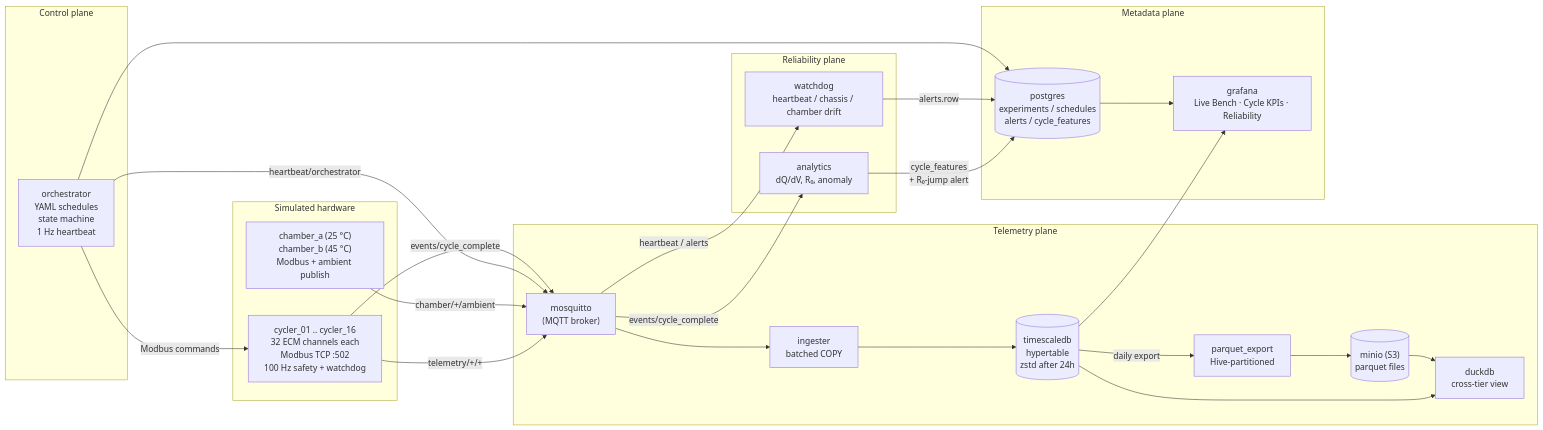
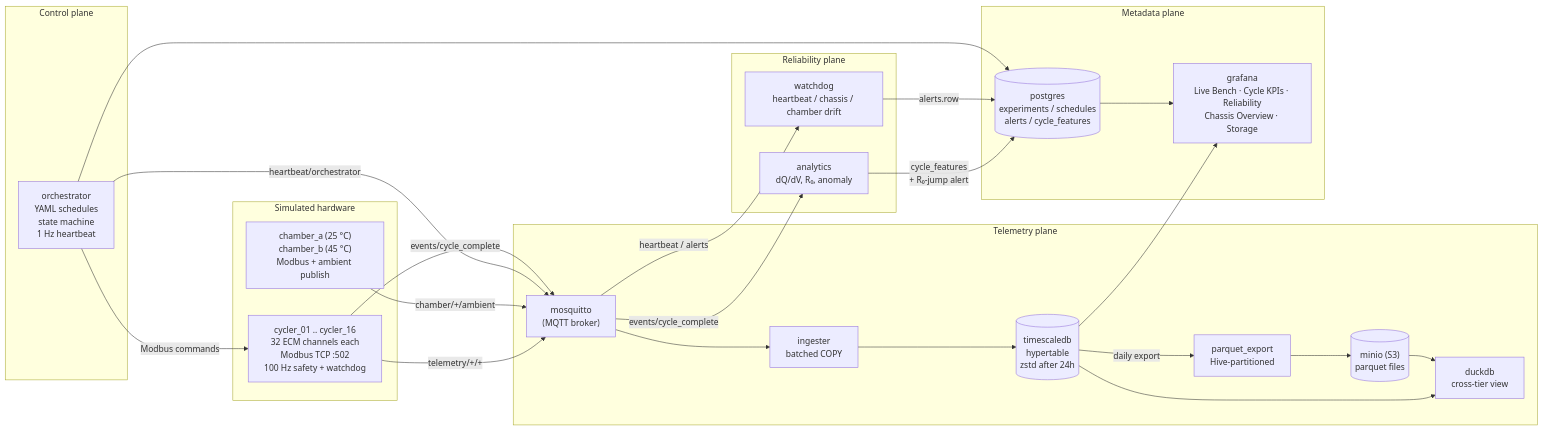
Before and after one commit to jmcmeen/battery-lab-sim: the diagram in README.md, drawn with Mermaid. The commit also changed other lines of this file, not shown here.

````diff
--- a/README.md
+++ b/README.md
@@ -67,47 +67,47 @@
 ```mermaid
 flowchart LR
     subgraph control["Control plane"]
         ORCH["orchestrator<br/>YAML schedules<br/>state machine<br/>1 Hz heartbeat"]
     end
 
     subgraph hardware["Simulated hardware"]
         CYC["cycler_01 .. cycler_16<br/>32 ECM channels each<br/>Modbus TCP :502<br/>100 Hz safety + watchdog"]
         CHAMB["chamber_a (25 °C)<br/>chamber_b (45 °C)<br/>Modbus + ambient publish"]
     end
 
     subgraph telemetry["Telemetry plane"]
         MQTT["mosquitto<br/>(MQTT broker)"]
         ING["ingester<br/>batched COPY"]
         TSDB[("timescaledb<br/>hypertable<br/>zstd after 24h")]
         PE["parquet_export<br/>Hive-partitioned"]
         MINIO[("minio (S3)<br/>parquet files")]
         DUCK["duckdb<br/>cross-tier view"]
     end
 
     subgraph reliability["Reliability plane"]
         WD["watchdog<br/>heartbeat / chassis / chamber drift"]
         ANA["analytics<br/>dQ/dV, R₀, anomaly"]
     end
 
     subgraph metadata["Metadata plane"]
         PG[("postgres<br/>experiments / schedules<br/>alerts / cycle_features")]
-        GRAF["grafana<br/>Live Bench · Cycle KPIs · Reliability"]
+        GRAF["grafana<br/>Live Bench · Cycle KPIs · Reliability<br/>Chassis Overview · Storage"]
     end
 
     ORCH -- "Modbus commands" --> CYC
     CYC -- "telemetry/+/+" --> MQTT
     CHAMB -- "chamber/+/ambient" --> MQTT
     ORCH -- "heartbeat/orchestrator" --> MQTT
     CYC -- "events/cycle_complete" --> MQTT
     MQTT --> ING --> TSDB
     TSDB -- "daily export" --> PE --> MINIO
     TSDB --> DUCK
     MINIO --> DUCK
     MQTT -- "heartbeat / alerts" --> WD
     MQTT -- "events/cycle_complete" --> ANA
     ANA -- "cycle_features<br/>+ R₀-jump alert" --> PG
     WD -- "alerts.row" --> PG
     ORCH --> PG
     PG --> GRAF
     TSDB --> GRAF
 ```
````
